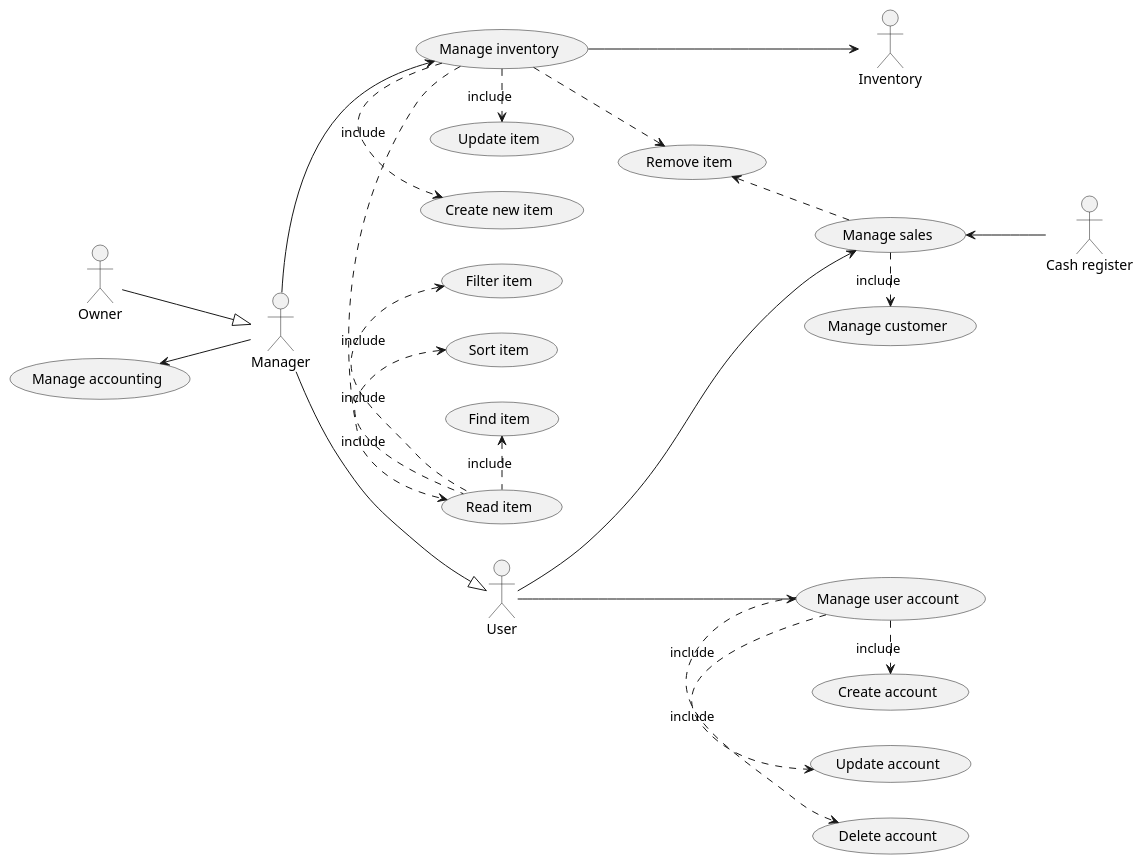
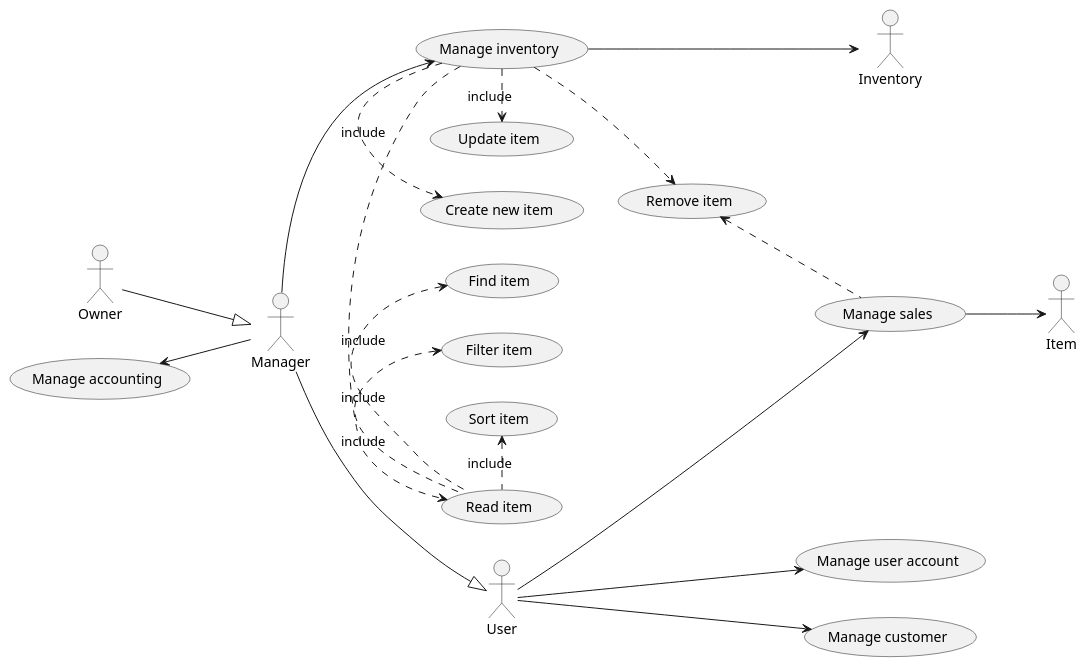
One commit to mspronesti/ezshop changed the second of 5 diagrams in Deliverables/RequirementsDocument.md. Above: the diagram before and after it, drawn with PlantUML. The commit also changed other lines of this file, not shown here.

````diff
--- a/Deliverables/RequirementsDocument.md
+++ b/Deliverables/RequirementsDocument.md
@@ -176,44 +180,41 @@
 ```plantuml
 @startuml
 left to right direction
 
-actor :Cash register: as cr
+actor :Item: as it
 actor :User: as u
 actor :Inventory: as i
 actor :Manager: as m
 actor :Owner: as o
 
 
 o --|> m
 m --|> u
+
 u --> (Manage sales)
 
-(Manage sales) .> (Manage customer) :include
 
 u --> (Manage user account)
 
-
-(Manage user account) .> (Create account) :include
-(Manage user account) .> (Delete account) :include
-(Manage user account) .> (Update account) :include
+u --> (Manage customer)
 
 m --> (Manage inventory)
 
 
 (Manage inventory) .> (Create new item) :include 
 (Manage inventory) .> (Update item) :include 
 (Manage inventory) .> (Read item) :include 
 (Manage inventory) .> (Remove item) :include
 (Remove item) <. (Manage sales) :include
 
 
 (Find item)  <. (Read item):include
 (Filter item) <. (Read item):include 
 (Sort item)  <. (Read item):include
 
 (Manage inventory) --> i
 
-(Manage sales) <-- cr
+(Manage sales) --> it
 (Manage accounting) <-- m
 @enduml
 ```
````
